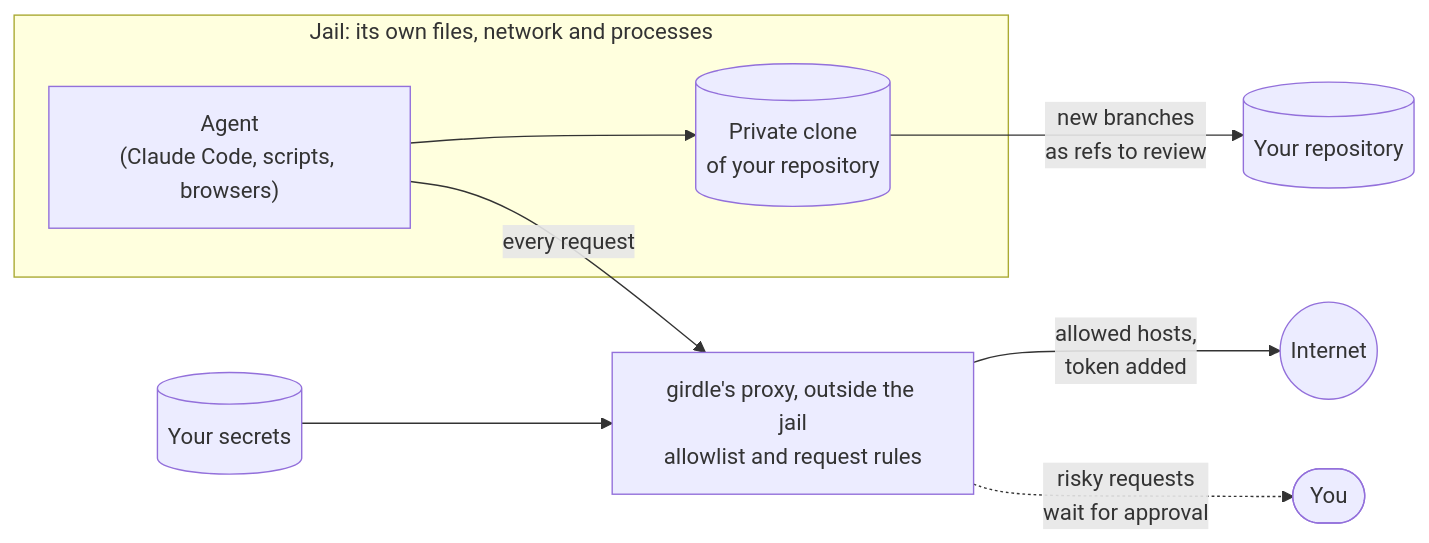
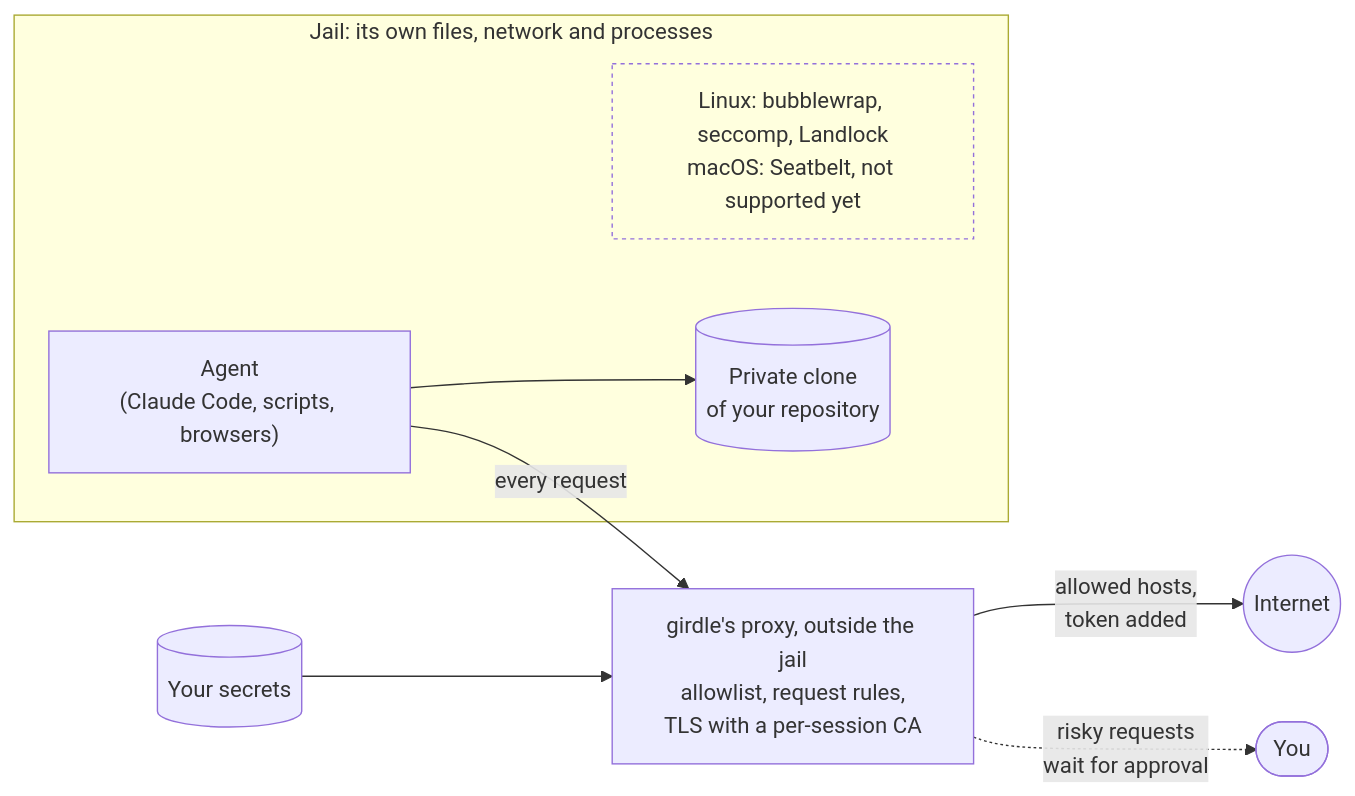
Before and after one commit to fnune/doriath: the diagram in README.md, drawn with Mermaid. The commit also changed other lines of this file, not shown here.

Commit message:
docs: name the jail technology in the README diagram and drop the obvious landing arrow

````diff
--- a/README.md
+++ b/README.md
@@ -12,21 +12,22 @@
 ```mermaid
 flowchart LR
     subgraph jail["Jail: its own files, network and processes"]
+        tech["Linux: bubblewrap, seccomp, Landlock<br/>macOS: Seatbelt, not supported yet"]
         agent["Agent<br/>(Claude Code, scripts, browsers)"]
         clone[("Private clone<br/>of your repository")]
         agent --> clone
     end
 
-    proxy["girdle's proxy, outside the jail<br/>allowlist and request rules"]
+    proxy["girdle's proxy, outside the jail<br/>allowlist, request rules,<br/>TLS with a per-session CA"]
 
     secrets[("Your secrets")]
     you(["You"])
-    repo[("Your repository")]
     internet(("Internet"))
 
     agent -- "every request" --> proxy
     proxy -- "allowed hosts,<br/>token added" --> internet
     proxy -. "risky requests<br/>wait for approval" .-> you
     secrets --> proxy
-    clone -- "new branches<br/>as refs to review" --> repo
+
+    style tech fill:none,stroke-dasharray:3 3
 ```
````
